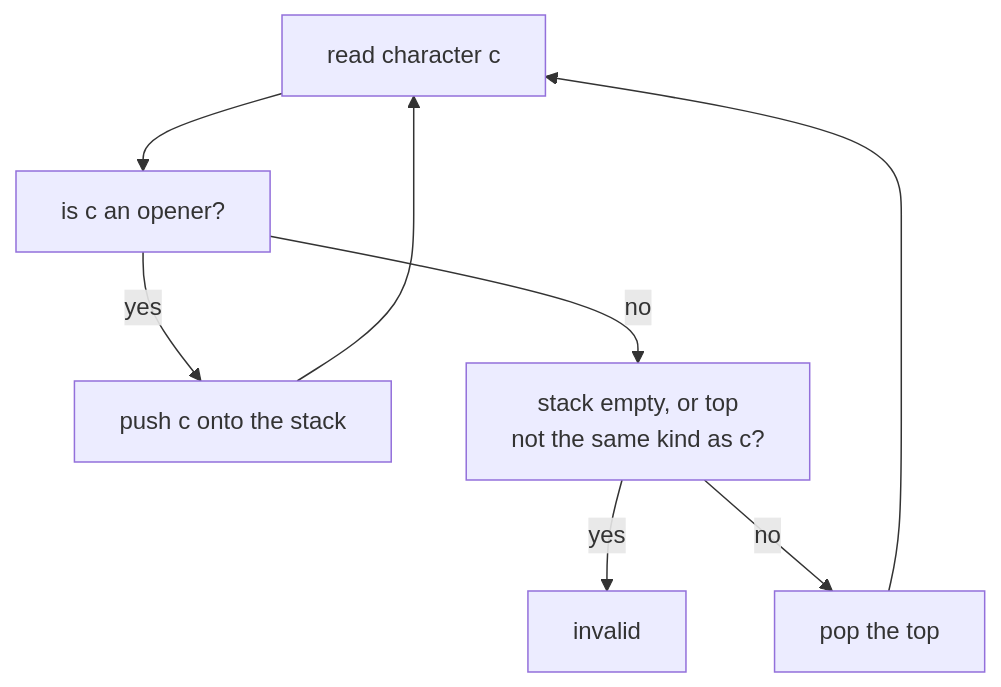
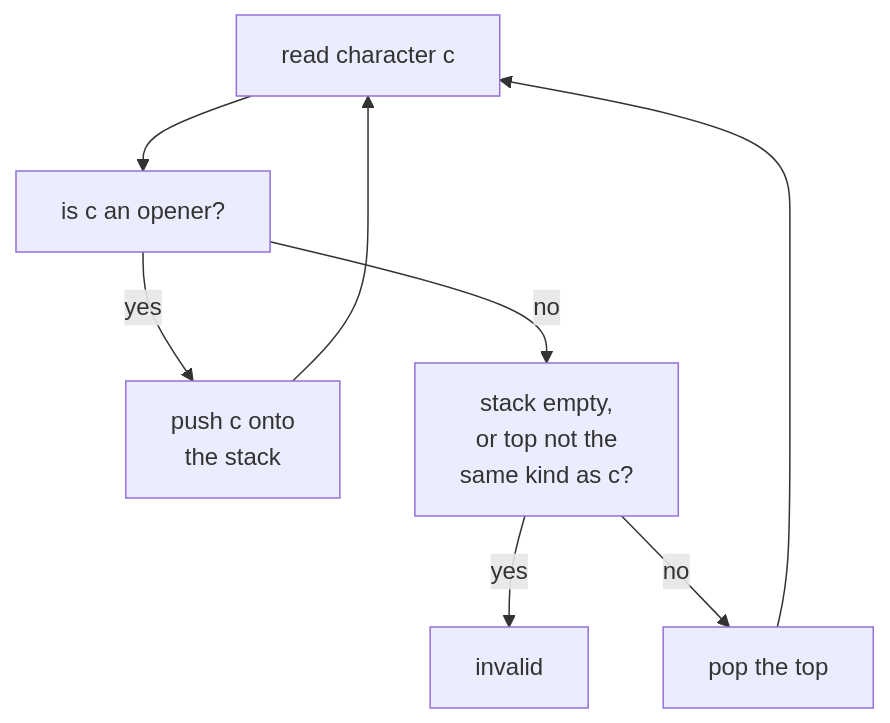
Before and after one commit to duongbui234/software-engineering-atlas: the diagram in content/en/problems/valid-parentheses.md, drawn with Mermaid. The commit also changed 134 other files, not shown here.

First line of the commit message:
Fit every Mermaid diagram at 390px without sideways scroll (#56)

````diff
--- a/content/en/problems/valid-parentheses.md
+++ b/content/en/problems/valid-parentheses.md
@@ -47,10 +47,10 @@
 ```mermaid
 flowchart TB
   A["read character c"] --> B["is c an opener?"]
-  B -->|"yes"| C["push c onto the stack"]
+  B -->|"yes"| C["push c onto<br/>the stack"]
   C --> A
-  B -->|"no"| D["stack empty, or top<br/>not the same kind as c?"]
+  B -->|"no"| D["stack empty,<br/>or top not the<br/>same kind as c?"]
   D -->|"yes"| E["invalid"]
   D -->|"no"| F["pop the top"]
   F --> A
 ```
````
